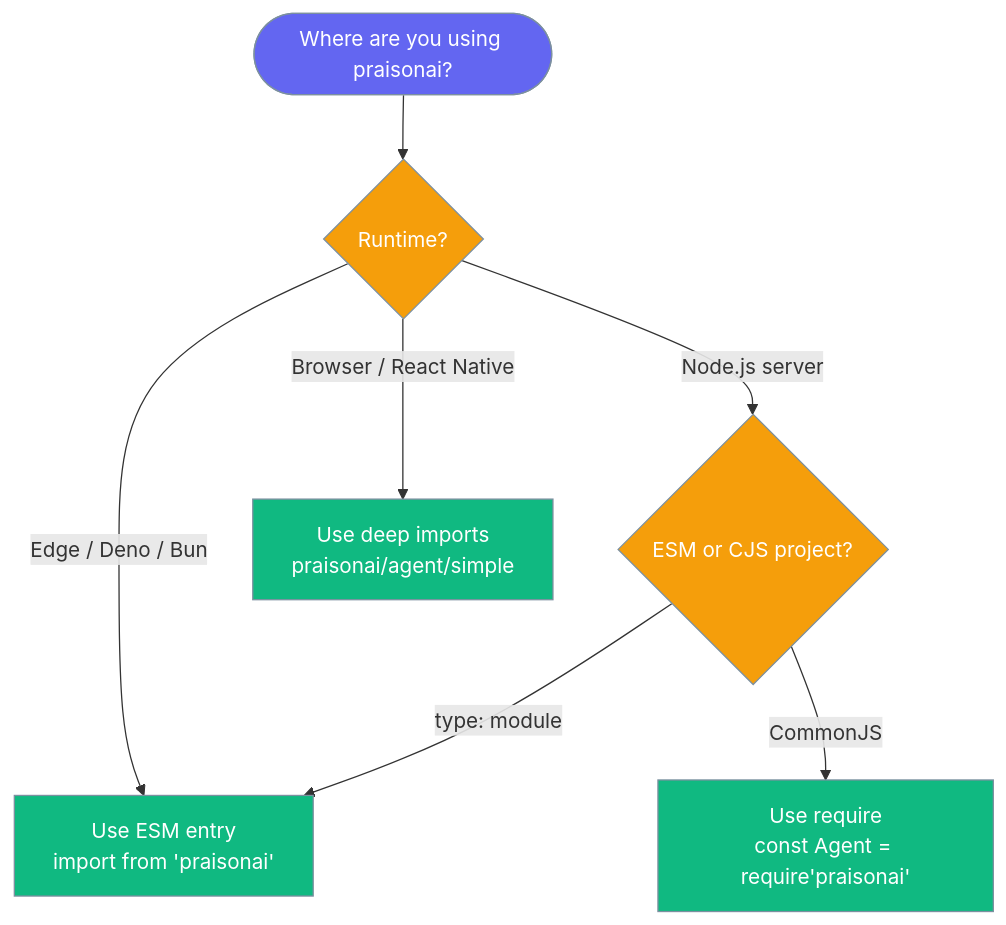
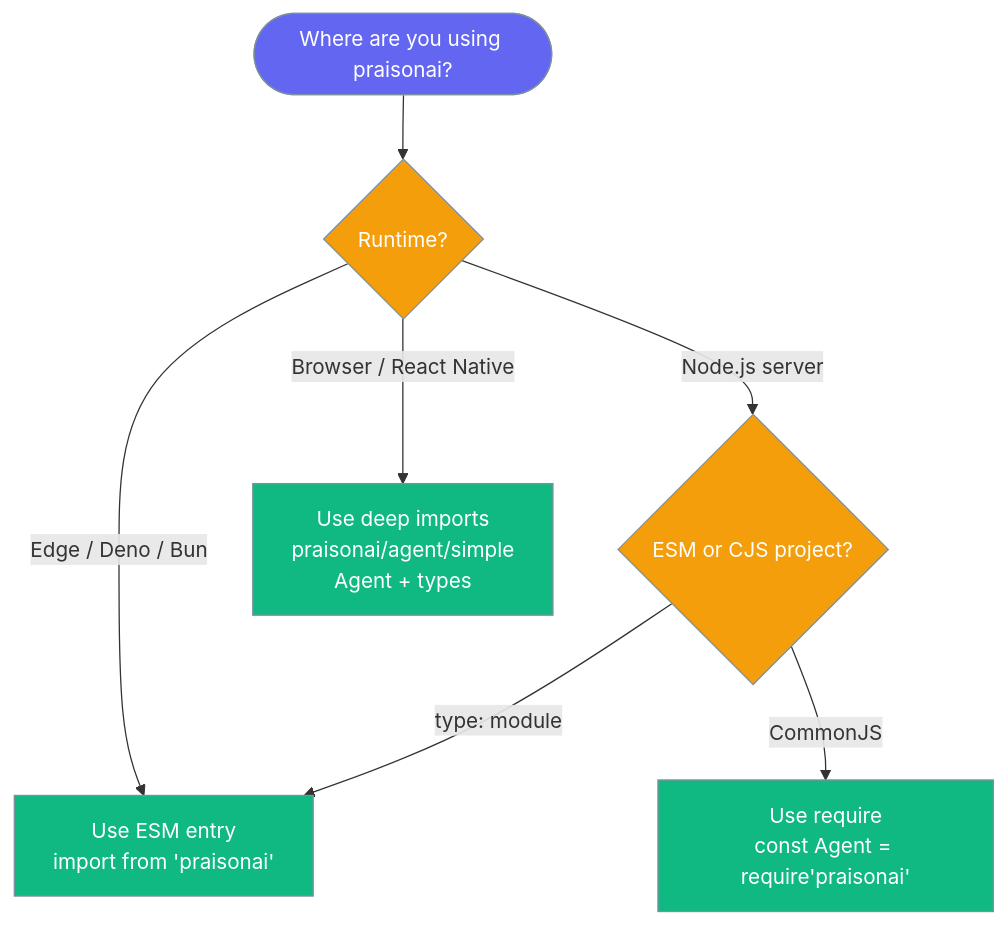
One commit to MervinPraison/PraisonAIDocs changed the third of 3 diagrams in docs/features/packaging.mdx. Above: the diagram before and after it, drawn with Mermaid. The commit also changed other lines of this file, not shown here.

Commit message:
docs: clarify praisonai/agent/simple no longer re-exports team-class values (fixes #3913)

````diff
--- a/docs/features/packaging.mdx
+++ b/docs/features/packaging.mdx
@@ -110,18 +110,18 @@
 ```mermaid
 graph TB
     Start([Where are you using praisonai?]) --> Q1{Runtime?}
     Q1 -->|Node.js server| Q2{ESM or CJS project?}
-    Q1 -->|Browser / React Native| Deep[Use deep imports<br/>praisonai/agent/simple]
+    Q1 -->|Browser / React Native| Deep[Use deep imports<br/>praisonai/agent/simple<br/>Agent + types]
     Q1 -->|Edge / Deno / Bun| ESMOnly[Use ESM entry<br/>import from 'praisonai']
 
     Q2 -->|"type: module"| ESMOnly
     Q2 -->|CommonJS| CJS[Use require<br/>const Agent = require'praisonai']
 
     classDef question fill:#F59E0B,stroke:#7C90A0,color:#fff
     classDef answer fill:#10B981,stroke:#7C90A0,color:#fff
     classDef start fill:#6366F1,stroke:#7C90A0,color:#fff
 
     class Start start
     class Q1,Q2 question
     class Deep,ESMOnly,CJS answer
 ```
````
